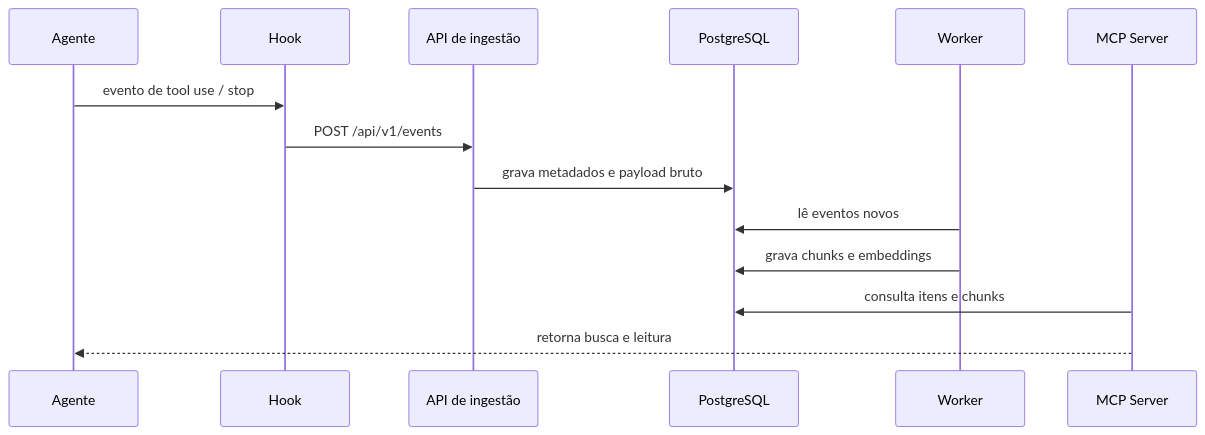
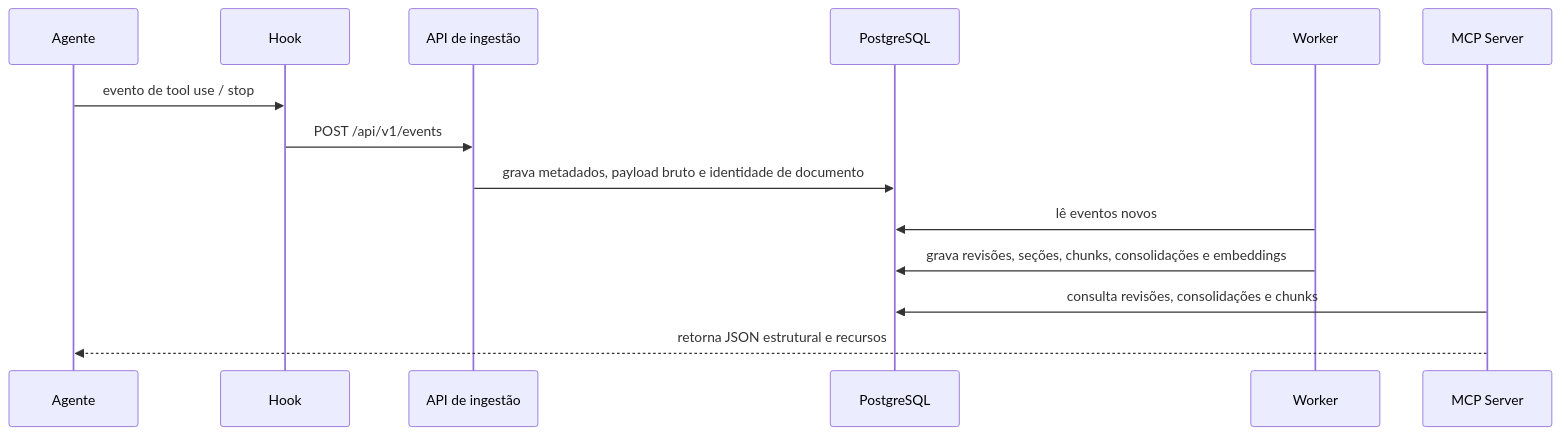
One commit to maxsonferovante/memory-for-agents-llm changed the fourth of 8 diagrams in DOCUMENTACAO.md. Above: the diagram before and after it, drawn with Mermaid. The commit also changed other lines of this file and 1 other file, not shown here.

Commit message:
docs: align root architecture docs

````diff
--- a/DOCUMENTACAO.md
+++ b/DOCUMENTACAO.md
@@ -205,17 +205,17 @@
 ```mermaid
 sequenceDiagram
   participant Agent as Agente
   participant Hook as Hook
   participant API as API de ingestão
   participant DB as PostgreSQL
   participant W as Worker
   participant MCP as MCP Server
 
   Agent->>Hook: evento de tool use / stop
   Hook->>API: POST /api/v1/events
-  API->>DB: grava metadados e payload bruto
+  API->>DB: grava metadados, payload bruto e identidade de documento
   W->>DB: lê eventos novos
-  W->>DB: grava chunks e embeddings
-  MCP->>DB: consulta itens e chunks
-  MCP-->>Agent: retorna busca e leitura
+  W->>DB: grava revisões, seções, chunks, consolidações e embeddings
+  MCP->>DB: consulta revisões, consolidações e chunks
+  MCP-->>Agent: retorna JSON estrutural e recursos
 ```
````
